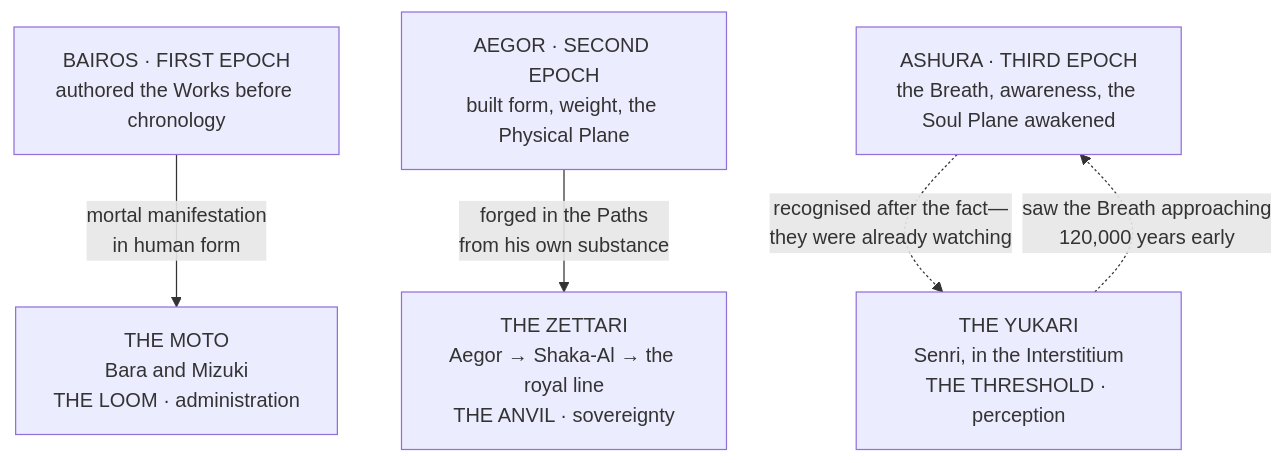
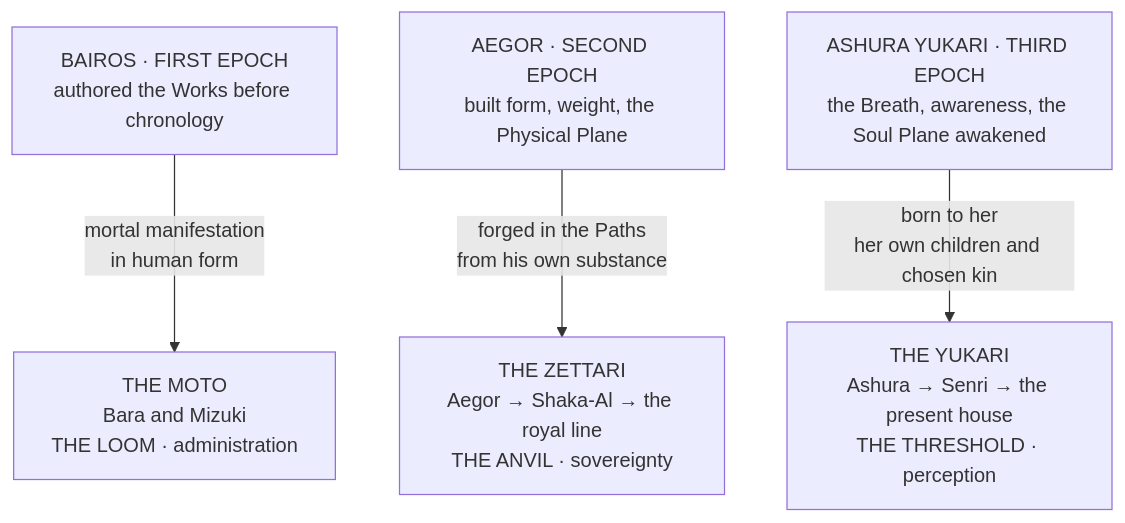
One commit to vispotvision/wotr-rule-index changed the diagram in wiki/Factions, Bloodlines & Institutions/Houses and Bloodlines/The Archaic Bloodlines/The Archaic Bloodlines.md. Above: the diagram before and after it, drawn with Mermaid. The commit also changed other lines of this file, not shown here.

Commit message:
Archaic Bloodlines: Yukari as Ashura's family

````diff
--- a/wiki/Factions, Bloodlines & Institutions/Houses and Bloodlines/The Archaic Bloodlines/The Archaic Bloodlines.md
+++ b/wiki/Factions, Bloodlines & Institutions/Houses and Bloodlines/The Archaic Bloodlines/The Archaic Bloodlines.md
@@ -20,10 +20,9 @@
 ```mermaid
 flowchart TD
     B["BAIROS · FIRST EPOCH<br>authored the Works before chronology"]
     A["AEGOR · SECOND EPOCH<br>built form, weight, the Physical Plane"]
-    AS["ASHURA · THIRD EPOCH<br>the Breath, awareness, the Soul Plane awakened"]
+    AS["ASHURA YUKARI · THIRD EPOCH<br>the Breath, awareness, the Soul Plane awakened"]
     B -->|"mortal manifestation<br>in human form"| M["THE MOTO<br>Bara and Mizuki<br>THE LOOM · administration"]
     A -->|"forged in the Paths<br>from his own substance"| Z["THE ZETTARI<br>Aegor → Shaka-Al → the royal line<br>THE ANVIL · sovereignty"]
-    AS -.->|"recognised after the fact—<br>they were already watching"| Y["THE YUKARI<br>Senri, in the Interstitium<br>THE THRESHOLD · perception"]
-    Y -.->|"saw the Breath approaching<br>120,000 years early"| AS
+    AS -->|"born to her<br>her own children and chosen kin"| Y["THE YUKARI<br>Ashura → Senri → the present house<br>THE THRESHOLD · perception"]
 ```
````
